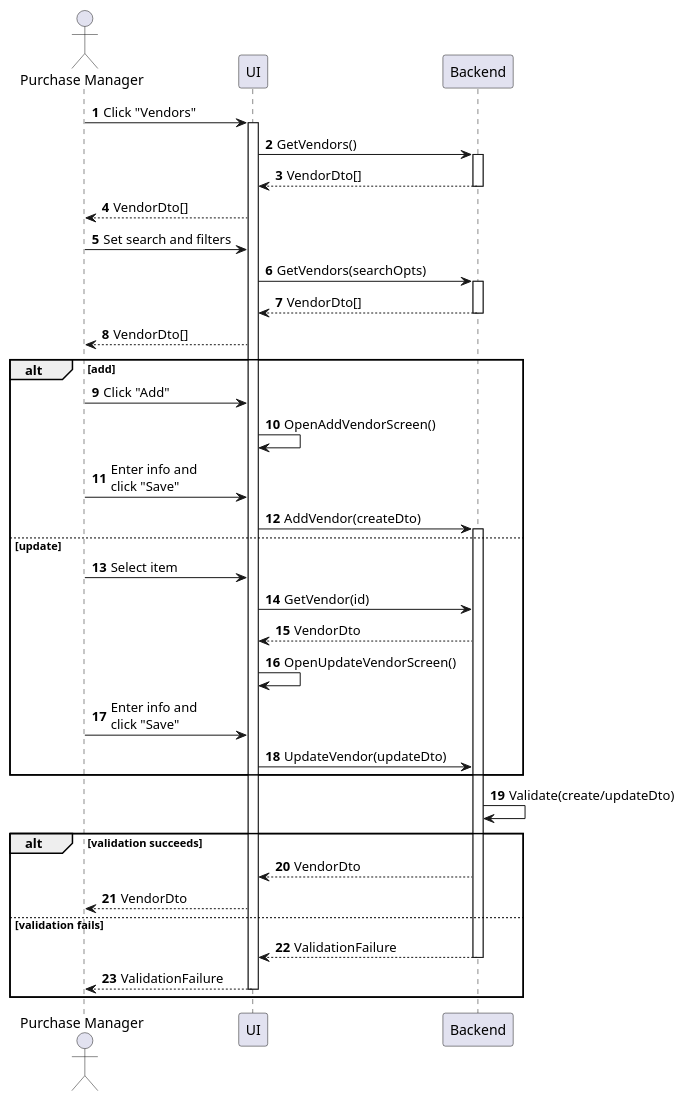
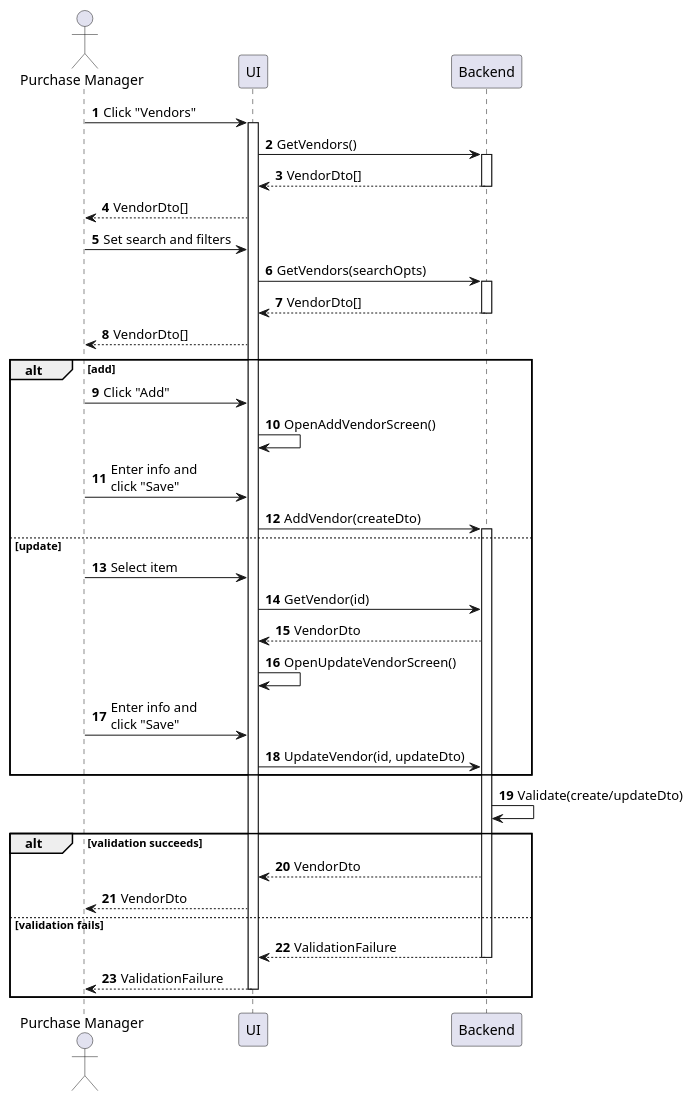
Before and after one commit to phihungha/scmss-reqs: the diagram in sequences/vendor-manage.plantuml, drawn with PlantUML. The commit also changed 19 other files, not shown here.

```diff
--- a/sequences/vendor-manage.plantuml
+++ b/sequences/vendor-manage.plantuml
@@ -1,44 +1,44 @@
 @startuml vendor-manage
 autonumber
 
 actor "Purchase Manager" as a
 participant UI as f
 participant Backend as b
 
 a -> f : Click "Vendors"
 activate f
 f -> b : GetVendors()
 activate b
 return VendorDto[]
 f --> a : VendorDto[]
 a -> f : Set search and filters
 f -> b : GetVendors(searchOpts)
 activate b
 return VendorDto[]
 f --> a : VendorDto[]
 
 alt add
     a -> f : Click "Add"
     f -> f : OpenAddVendorScreen()
     a -> f : Enter info and\nclick "Save"
     f -> b : AddVendor(createDto)
     activate b
 else update
     a -> f : Select item
     f -> b : GetVendor(id)
     b --> f : VendorDto
     f -> f : OpenUpdateVendorScreen()
     a -> f : Enter info and\nclick "Save"
-    f -> b : UpdateVendor(updateDto)
+    f -> b : UpdateVendor(id, updateDto)
 end
 
 b -> b : Validate(create/updateDto)
 
 alt validation succeeds
     b --> f : VendorDto
     f --> a : VendorDto
 else validation fails
     return ValidationFailure
     return ValidationFailure
 end
 @enduml
```
